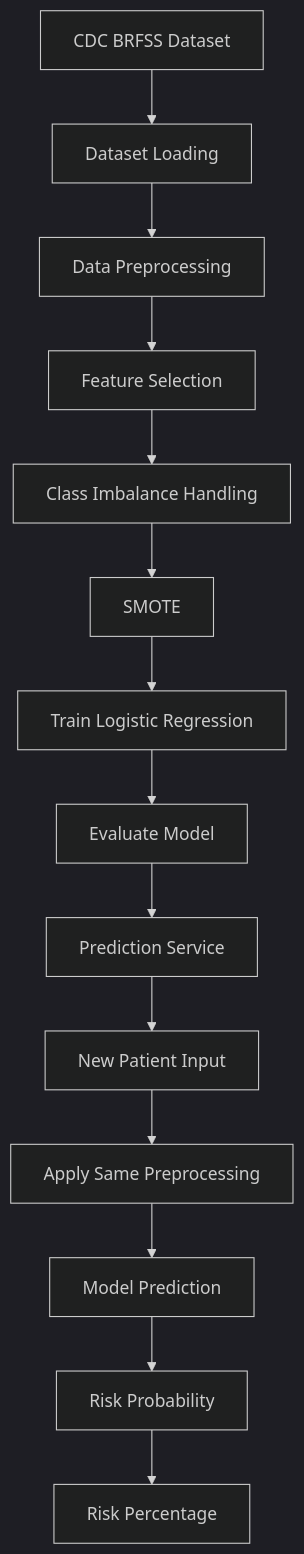
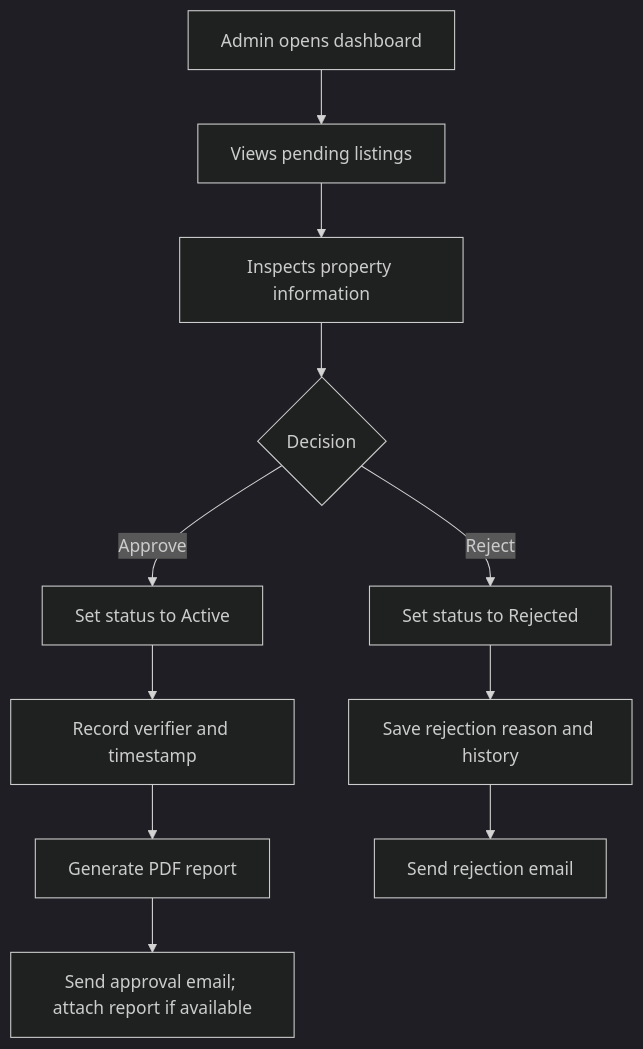
Before and after one commit to Rishabh-022/Property-bazaar: the fourth of 5 diagrams in README.md, drawn with Mermaid (dark theme). The commit also changed other lines of this file, not shown here.

First line of the commit message:
Revise README for Property Bazzar project

````diff
--- a/README.md
+++ b/README.md
@@ -241,16 +246,13 @@
-```mermaid
+``` mermaid
 flowchart TD
-    A["CDC BRFSS Dataset"] --> B["Dataset Loading"]
-    B --> C["Data Preprocessing"]
-    C --> D["Feature Selection"]
-    D --> E["Class Imbalance Handling"]
-    E --> F["SMOTE"]
-    F --> G["Train Logistic Regression"]
-    G --> H["Evaluate Model"]
-    H --> I["Prediction Service"]
-    I --> J["New Patient Input"]
-    J --> K["Apply Same Preprocessing"]
-    K --> L["Model Prediction"]
-    L --> M["Risk Probability"]
-    M --> N["Risk Percentage"]
+    A["Admin opens dashboard"] --> B["Views pending listings"]
+    B --> C["Inspects property information"]
+    C --> D{"Decision"}
+    D -->|Approve| E["Set status to Active"]
+    E --> F["Record verifier and timestamp"]
+    F --> G["Generate PDF report"]
+    G --> H["Send approval email; attach report if available"]
+    D -->|Reject| I["Set status to Rejected"]
+    I --> J["Save rejection reason and history"]
+    J --> K["Send rejection email"]
 ```
````
